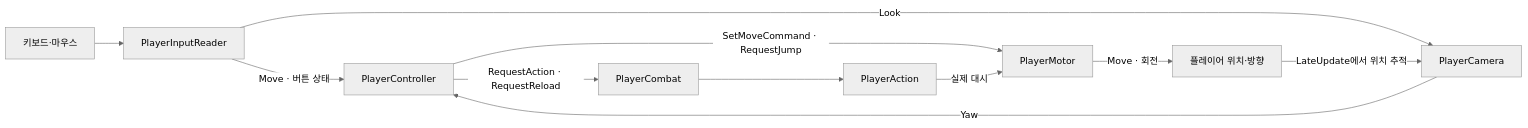
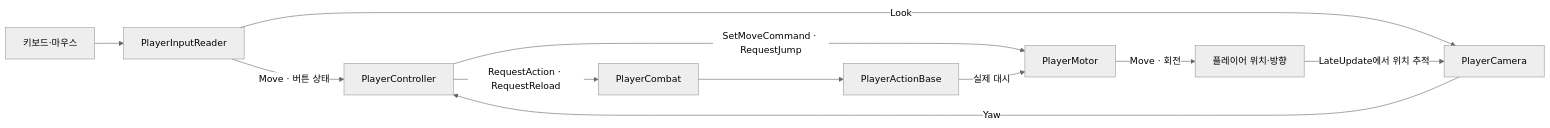
Before and after one commit to Sand-House/ProjectU: the diagram in 플레이어 조작 가이드.md, drawn with Mermaid (neutral theme). The commit also changed other lines of this file and 76 other files, not shown here.

Commit message:
Add player animation base class, rename all abstract class

````diff
--- a/플레이어 조작 가이드.md
+++ b/플레이어 조작 가이드.md
@@ -166,13 +194,13 @@
 ```mermaid
 flowchart LR
     Device[키보드·마우스] --> Reader[PlayerInputReader]
     Reader -->|Move · 버튼 상태| Controller[PlayerController]
     Reader -->|Look| Camera[PlayerCamera]
     Camera -->|Yaw| Controller
     Controller -->|SetMoveCommand · RequestJump| Motor[PlayerMotor]
     Controller -->|RequestAction · RequestReload| Attacks[PlayerCombat]
-    Attacks --> Actions[PlayerAction]
+    Attacks --> Actions[PlayerActionBase]
     Actions -->|실제 대시| Motor
     Motor -->|Move · 회전| Player[플레이어 위치·방향]
     Player -->|LateUpdate에서 위치 추적| Camera
 ```
````
